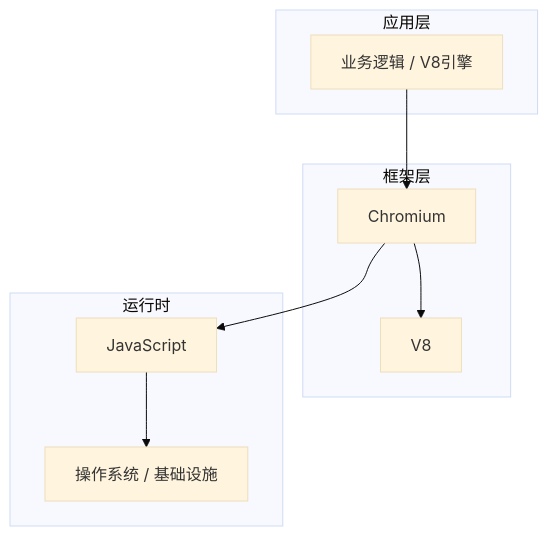
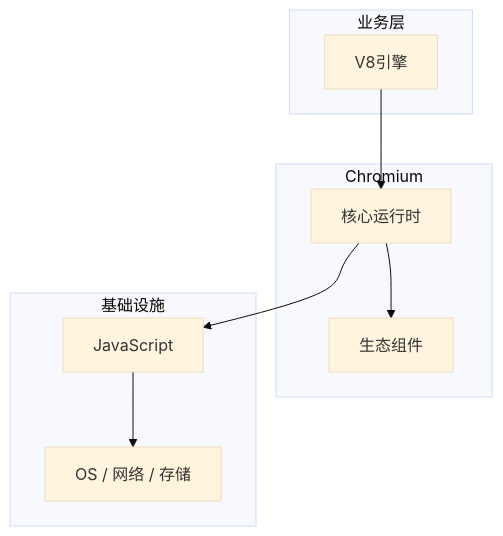
One commit to yanggan2015/knowledge-json-v2 changed the diagram in articles/浏览器原理/chapters/055-V8引擎核心概念与原理.md. Above: the diagram before and after it, drawn with Mermaid (base theme). The commit also changed other lines of this file and 10127 other files, not shown here.

````diff
--- a/articles/浏览器原理/chapters/055-V8引擎核心概念与原理.md
+++ b/articles/浏览器原理/chapters/055-V8引擎核心概念与原理.md
@@ -45,18 +34,18 @@
 ```mermaid
 graph TB
-    subgraph 应用层
-        A[业务逻辑 / V8引擎]
+    subgraph 业务层
+        A[V8引擎]
     end
-    subgraph 框架层
-        B[Chromium]
-        C[V8]
+    subgraph Chromium
+        B[核心运行时]
+        C[生态组件]
     end
-    subgraph 运行时
+    subgraph 基础设施
         D[JavaScript]
-        E[操作系统 / 基础设施]
+        E[OS / 网络 / 存储]
     end
     A --> B
     B --> C
     B --> D
     D --> E
 ```
````
